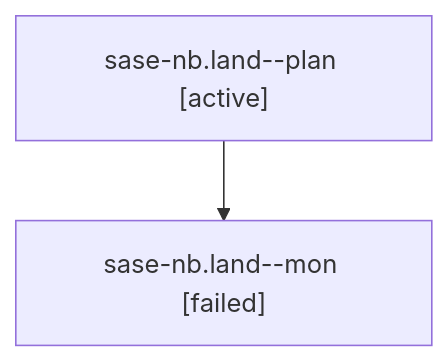
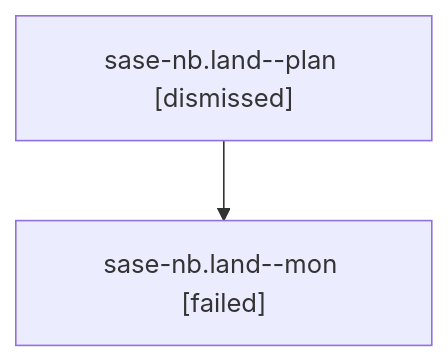
The diagram in sessions/bbugyi200.athena.sase-nb.land.md (sase-org/sase--agents), drawn with Mermaid before and after one commit. The commit also changed other lines of this file and 219 other files, not shown here.

````diff
--- a/sessions/bbugyi200.athena.sase-nb.land.md
+++ b/sessions/bbugyi200.athena.sase-nb.land.md
@@ -9,6 +9,6 @@
 ```mermaid
 flowchart TD
-  n0["sase-nb.land--plan [active]"]
+  n0["sase-nb.land--plan [dismissed]"]
   n1["sase-nb.land--mon [failed]"]
   n0 --> n1
 ```
````
